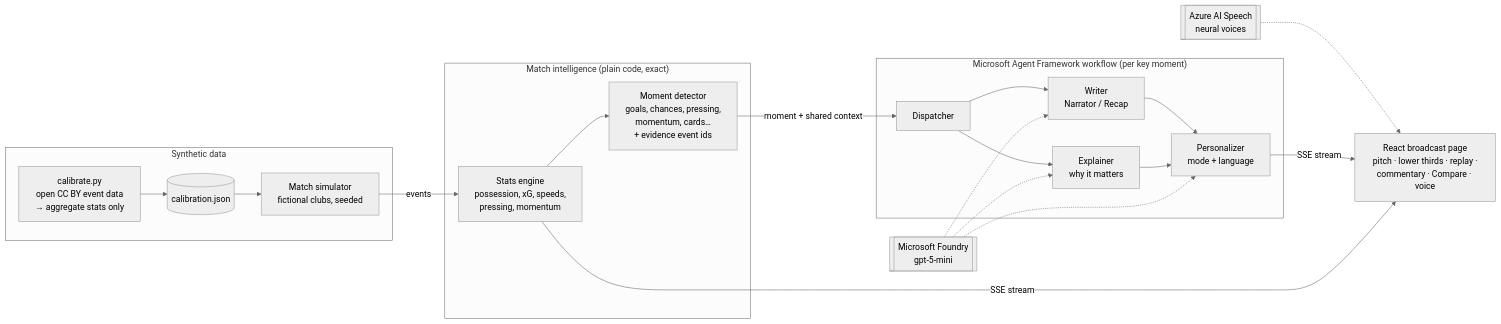
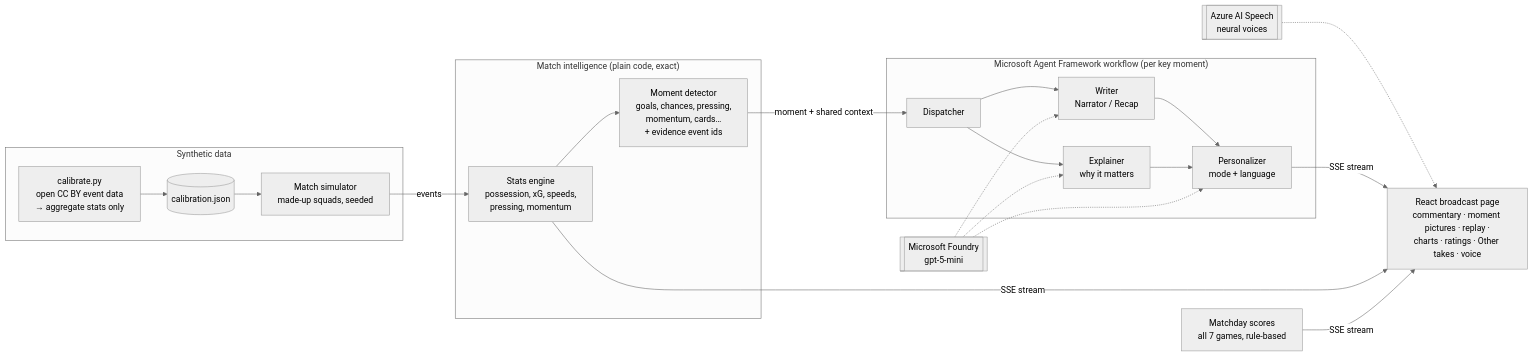
The diagram in README.md (Aayush99910/microsoft_hackathon), drawn with Mermaid (neutral theme) before and after one commit. The commit also changed other lines of this file and 5 other files, not shown here.

Commit message:
Home fan never praises the other side's goals; README for matchday, 30 languages, new screenshots

````diff
--- a/README.md
+++ b/README.md
@@ -25,26 +29,27 @@
 ```mermaid
 flowchart LR
     subgraph Data["Synthetic data"]
         CAL["calibrate.py<br/>open CC BY event data<br/>→ aggregate stats only"] --> J[(calibration.json)]
-        J --> SIM["Match simulator<br/>fictional clubs, seeded"]
+        J --> SIM["Match simulator<br/>made-up squads, seeded"]
     end
 
     subgraph Engine["Match intelligence (plain code, exact)"]
         SIM -- events --> STATS["Stats engine<br/>possession, xG, speeds,<br/>pressing, momentum"]
         STATS --> DET["Moment detector<br/>goals, chances, pressing,<br/>momentum, cards…<br/>+ evidence event ids"]
     end
 
     subgraph Agents["Microsoft Agent Framework workflow (per key moment)"]
         DET -- moment + shared context --> DISP[Dispatcher]
         DISP --> W["Writer<br/>Narrator / Recap"]
         DISP --> EX["Explainer<br/>why it matters"]
         W --> P["Personalizer<br/>mode + language"]
         EX --> P
     end
 
     FOUNDRY[["Microsoft Foundry<br/>gpt-5-mini"]] -.-> W & EX & P
     SPEECH[["Azure AI Speech<br/>neural voices"]] -.-> UI
 
-    P -- SSE stream --> UI["React broadcast page<br/>pitch · lower thirds · replay ·<br/>commentary · Compare · voice"]
+    P -- SSE stream --> UI["React broadcast page<br/>commentary · moment pictures · replay ·<br/>charts · ratings · Other takes · voice"]
     STATS -- SSE stream --> UI
+    DAY["Matchday scores<br/>all 7 games, rule-based"] -- SSE stream --> UI
 ```
````
